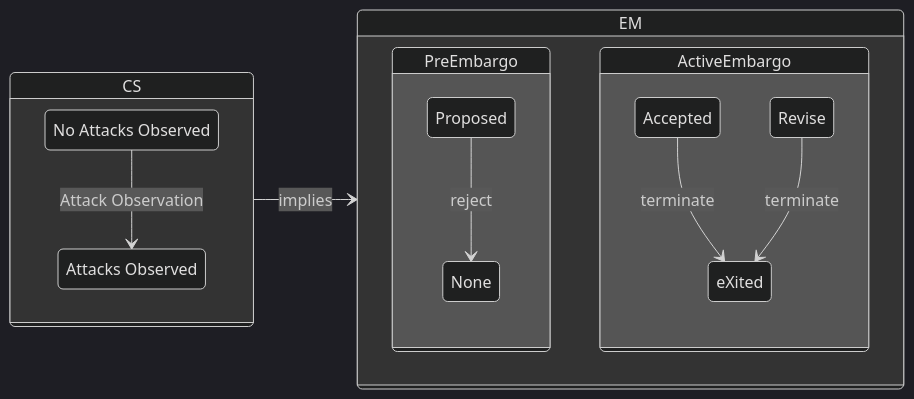
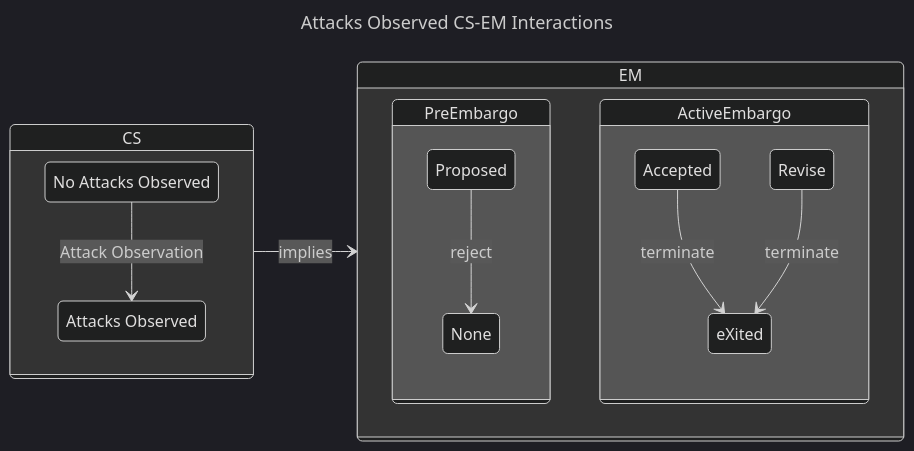
One commit to CERTCC/Vultron changed the ninth of 9 diagrams in docs/topics/process_models/model_interactions/rm_em_cs.md. Above: the diagram before and after it, drawn with Mermaid (dark theme). The commit also changed other lines of this file and 30 other files, not shown here.

````diff
--- a/docs/topics/process_models/model_interactions/rm_em_cs.md
+++ b/docs/topics/process_models/model_interactions/rm_em_cs.md
@@ -416,20 +441,23 @@
 ```mermaid
+---
+title: Attacks Observed CS-EM Interactions
+---
 stateDiagram-v2
     direction LR
     state CS {
         a: No Attacks Observed
         A: Attacks Observed
 
         a --> A : Attack Observation
     }
     state EM {
         state PreEmbargo{ 
             Proposed --> None: reject
         }
         state ActiveEmbargo {
             Accepted --> eXited: terminate
             Revise --> eXited: terminate
         }
     }
     CS --> EM: implies
 ```
````
